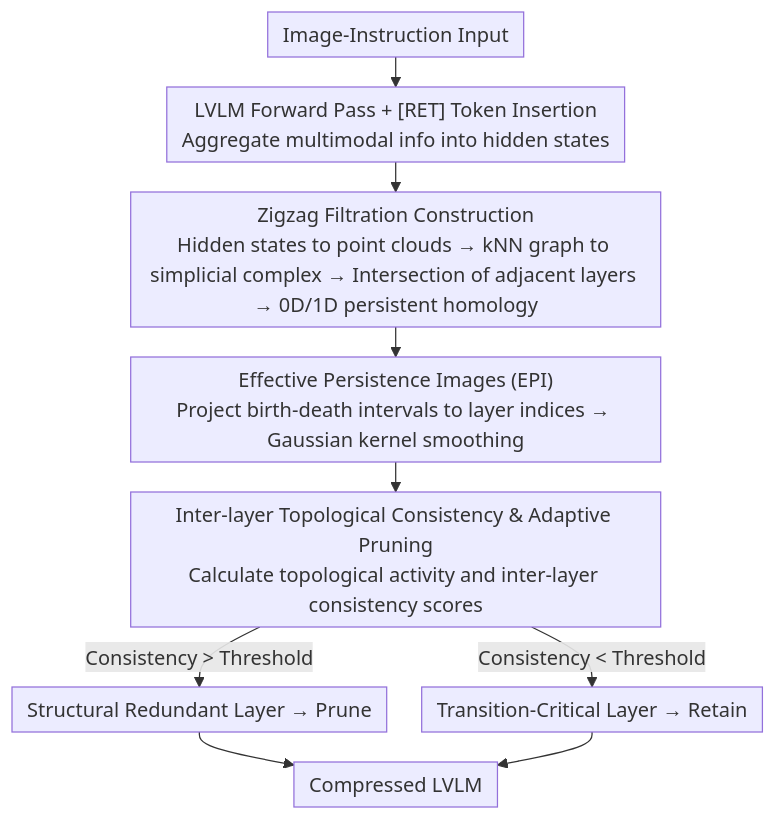
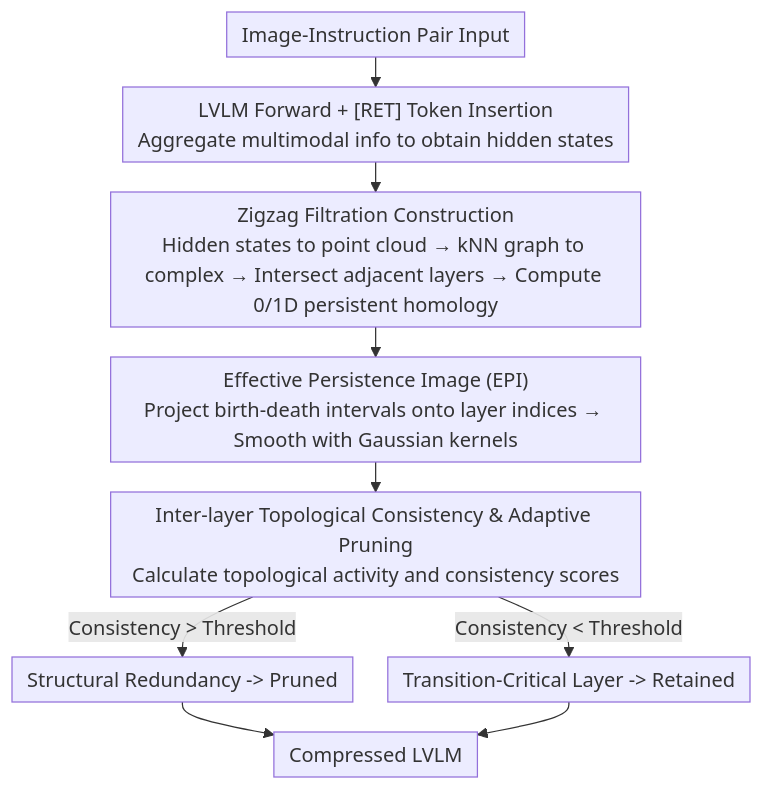
One commit to zhaoyang97/Paper-Notes-en changed the diagram in docs/ACL2026/multimodal_vlm/topology-aware_layer_pruning_for_large_vision-language_models.md. Above: the diagram before and after it, drawn with Mermaid. The commit also changed other lines of this file and 5084 other files, not shown here.

````diff
--- a/docs/ACL2026/multimodal_vlm/topology-aware_layer_pruning_for_large_vision-language_models.md
+++ b/docs/ACL2026/multimodal_vlm/topology-aware_layer_pruning_for_large_vision-language_models.md
@@ -46,12 +46,14 @@
 ```mermaid
 %%{init: {'flowchart': {'rankSpacing': 24, 'nodeSpacing': 28, 'padding': 6, 'wrappingWidth': 400}}}%%
 flowchart TD
-    A["Image-Instruction Input"] --> B["LVLM Forward Pass + [RET] Token Insertion<br/>Aggregate multimodal info into hidden states"]
-    B --> C["Zigzag Filtration Construction<br/>Hidden states to point clouds → kNN graph to simplicial complex → Intersection of adjacent layers → 0D/1D persistent homology"]
-    C --> D["Effective Persistence Images (EPI)<br/>Project birth-death intervals to layer indices → Gaussian kernel smoothing"]
-    D --> E["Inter-layer Topological Consistency & Adaptive Pruning<br/>Calculate topological activity and inter-layer consistency scores"]
-    E -->|Consistency > Threshold| F["Structural Redundant Layer → Prune"]
-    E -->|Consistency < Threshold| G["Transition-Critical Layer → Retain"]
+    A["Image-Instruction Pair Input"] --> B["LVLM Forward + [RET] Token Insertion<br/>Aggregate multimodal info to obtain hidden states"]
+    B --> C["Zigzag Filtration Construction<br/>Hidden states to point cloud → kNN graph to complex → Intersect adjacent layers → Compute 0/1D persistent homology"]
+    D["Effective Persistence Image (EPI)<br/>Project birth-death intervals onto layer indices → Smooth with Gaussian kernels"]
+    C --> D
+    E["Inter-layer Topological Consistency & Adaptive Pruning<br/>Calculate topological activity and consistency scores"]
+    D --> E
+    E -->|Consistency > Threshold| F["Structural Redundancy -> Pruned"]
+    E -->|Consistency < Threshold| G["Transition-Critical Layer -> Retained"]
     F --> H["Compressed LVLM"]
     G --> H
 ```
````
